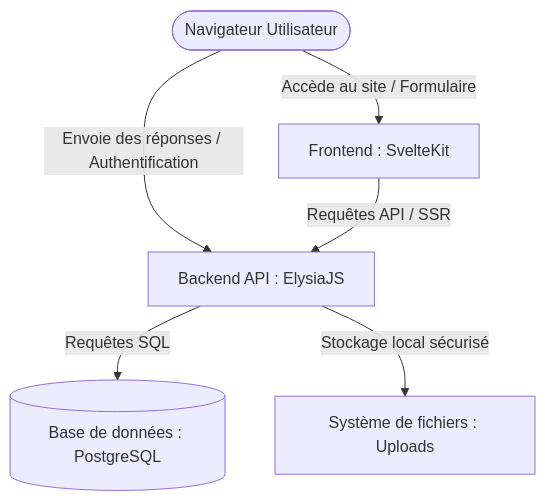
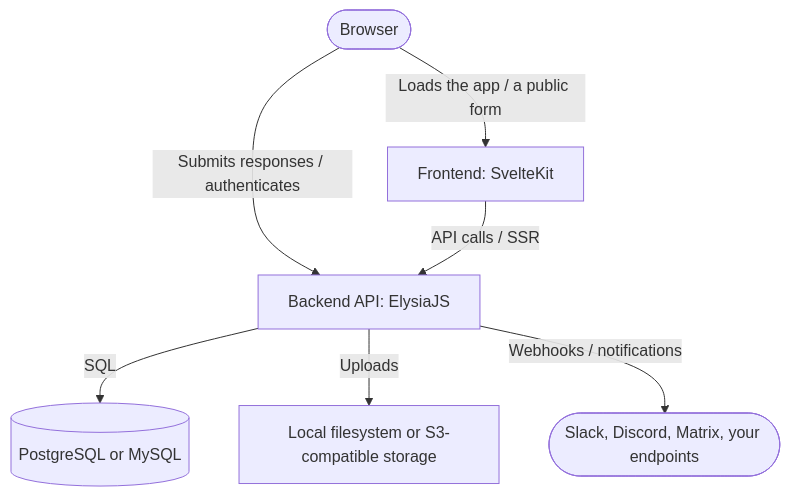
Before and after one commit to Klaynight-dev/Openforms: the diagram in README.md, drawn with Mermaid. The commit also changed other lines of this file and 14 other files, not shown here.

````diff
--- a/README.md
+++ b/README.md
@@ -37,8 +98,9 @@
 ```mermaid
 graph TD
-    User([Navigateur Utilisateur]) -->|Accède au site / Formulaire| FE[Frontend : SvelteKit]
-    User -->|Envoie des réponses / Authentification| BE[Backend API : ElysiaJS]
-    FE -->|Requêtes API / SSR| BE
-    BE -->|Requêtes SQL| DB[(Base de données : PostgreSQL)]
-    BE -->|Stockage local sécurisé| FS[Système de fichiers : Uploads]
+    User([Browser]) -->|Loads the app / a public form| FE[Frontend: SvelteKit]
+    User -->|Submits responses / authenticates| BE[Backend API: ElysiaJS]
+    FE -->|API calls / SSR| BE
+    BE -->|SQL| DB[(PostgreSQL or MySQL)]
+    BE -->|Uploads| ST[Local filesystem or S3-compatible storage]
+    BE -->|Webhooks / notifications| EXT([Slack, Discord, Matrix, your endpoints])
 ```
````
